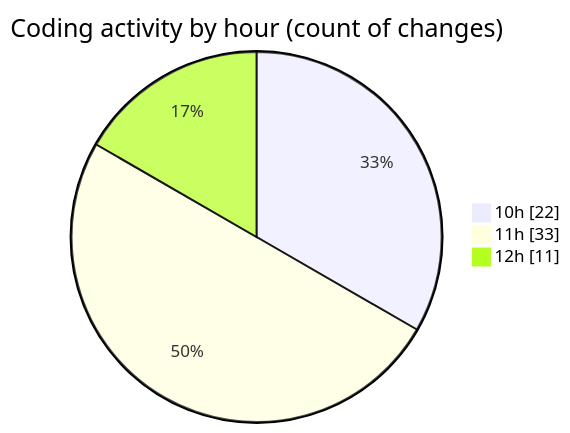
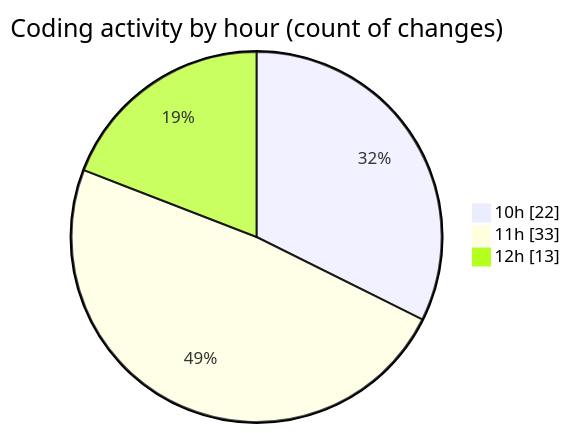
The second of 2 diagrams in 2026-02-25/cda/README.md (momahboobian/code-tracking), drawn with Mermaid before and after one commit. The commit also changed other lines of this file and 1 other file, not shown here.

````diff
--- a/2026-02-25/cda/README.md
+++ b/2026-02-25/cda/README.md
@@ -35,7 +35,7 @@
 ```mermaid
 pie showData
 title Coding activity by hour (count of changes)
 "10h" : 22
 "11h" : 33
-"12h" : 11
+"12h" : 13
 ```
````
